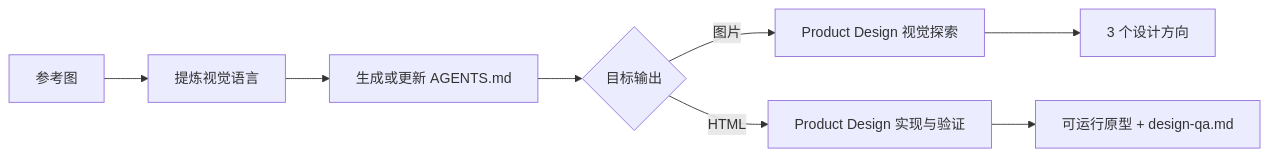
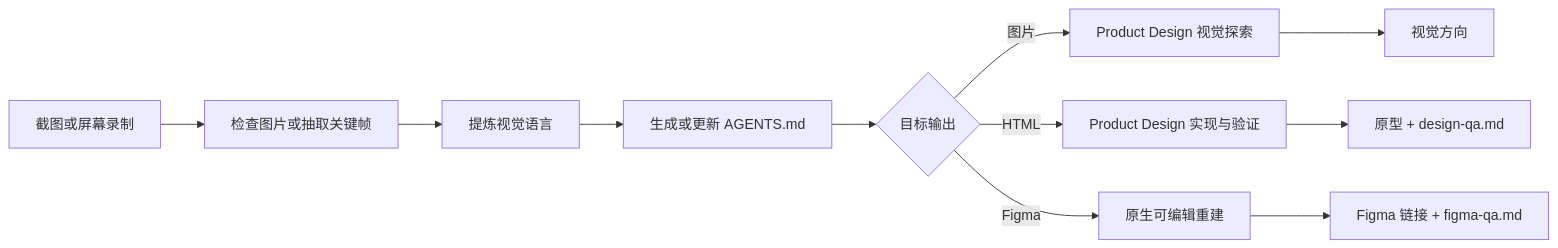
One commit to tototoXD/Reference-Design-workflow changed the diagram in README.md. Above: the diagram before and after it, drawn with Mermaid. The commit also changed other lines of this file and 3 other files, not shown here.

````diff
--- a/README.md
+++ b/README.md
@@ -19,10 +19,13 @@
 ```mermaid
 flowchart LR
-    A[参考图] --> B[提炼视觉语言]
-    B --> C[生成或更新 AGENTS.md]
-    C --> D{目标输出}
-    D -->|图片| E[Product Design 视觉探索]
-    D -->|HTML| F[Product Design 实现与验证]
-    E --> G[3 个设计方向]
-    F --> H[可运行原型 + design-qa.md]
+    A[截图或屏幕录制] --> B[检查图片或抽取关键帧]
+    B --> C[提炼视觉语言]
+    C --> D[生成或更新 AGENTS.md]
+    D --> E{目标输出}
+    E -->|图片| F[Product Design 视觉探索]
+    E -->|HTML| G[Product Design 实现与验证]
+    E -->|Figma| H[原生可编辑重建]
+    F --> I[视觉方向]
+    G --> J[原型 + design-qa.md]
+    H --> K[Figma 链接 + figma-qa.md]
 ```
````
